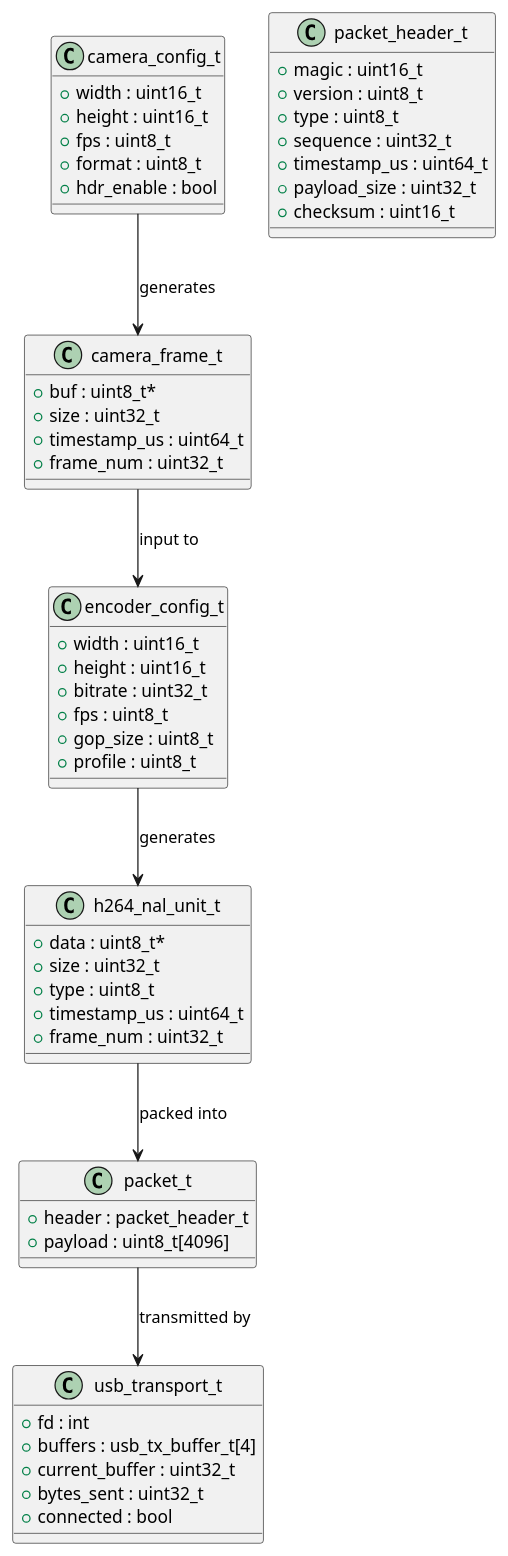
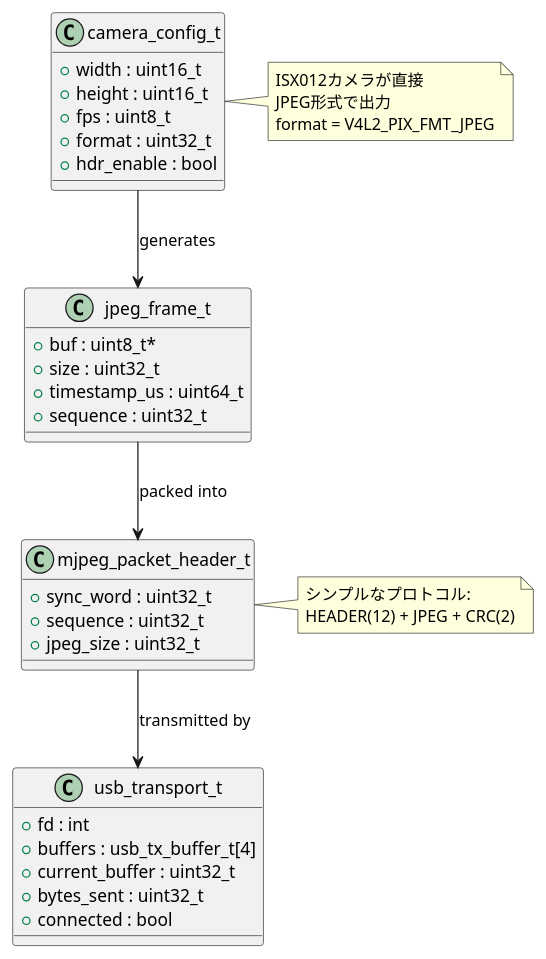
Before and after one commit to ken11111/Spr_wk: the third of 7 diagrams in docs/security_camera/01_specifications/05_SOFTWARE_SPEC_SPRESENSE.md, drawn with PlantUML. The commit also changed other lines of this file and 2 other files, not shown here.

````diff
--- a/docs/security_camera/01_specifications/05_SOFTWARE_SPEC_SPRESENSE.md
+++ b/docs/security_camera/01_specifications/05_SOFTWARE_SPEC_SPRESENSE.md
@@ -264,66 +234,49 @@
 ```plantuml
 @startuml
 
 class camera_config_t {
   + width : uint16_t
   + height : uint16_t
   + fps : uint8_t
-  + format : uint8_t
+  + format : uint32_t
   + hdr_enable : bool
 }
 
-class camera_frame_t {
+class jpeg_frame_t {
   + buf : uint8_t*
   + size : uint32_t
   + timestamp_us : uint64_t
-  + frame_num : uint32_t
+  + sequence : uint32_t
 }
 
-class encoder_config_t {
-  + width : uint16_t
-  + height : uint16_t
-  + bitrate : uint32_t
-  + fps : uint8_t
-  + gop_size : uint8_t
-  + profile : uint8_t
-}
-
-class h264_nal_unit_t {
-  + data : uint8_t*
-  + size : uint32_t
-  + type : uint8_t
-  + timestamp_us : uint64_t
-  + frame_num : uint32_t
-}
-
-class packet_header_t {
-  + magic : uint16_t
-  + version : uint8_t
-  + type : uint8_t
+class mjpeg_packet_header_t {
+  + sync_word : uint32_t
   + sequence : uint32_t
-  + timestamp_us : uint64_t
-  + payload_size : uint32_t
-  + checksum : uint16_t
-}
-
-class packet_t {
-  + header : packet_header_t
-  + payload : uint8_t[4096]
+  + jpeg_size : uint32_t
 }
 
 class usb_transport_t {
   + fd : int
   + buffers : usb_tx_buffer_t[4]
   + current_buffer : uint32_t
   + bytes_sent : uint32_t
   + connected : bool
 }
 
-camera_config_t --> camera_frame_t : generates
-camera_frame_t --> encoder_config_t : input to
-encoder_config_t --> h264_nal_unit_t : generates
-h264_nal_unit_t --> packet_t : packed into
-packet_t --> usb_transport_t : transmitted by
+note right of camera_config_t
+  ISX012カメラが直接
+  JPEG形式で出力
+  format = V4L2_PIX_FMT_JPEG
+end note
+
+note right of mjpeg_packet_header_t
+  シンプルなプロトコル:
+  HEADER(12) + JPEG + CRC(2)
+end note
+
+camera_config_t --> jpeg_frame_t : generates
+jpeg_frame_t --> mjpeg_packet_header_t : packed into
+mjpeg_packet_header_t --> usb_transport_t : transmitted by
 
 @enduml
 ```
````
